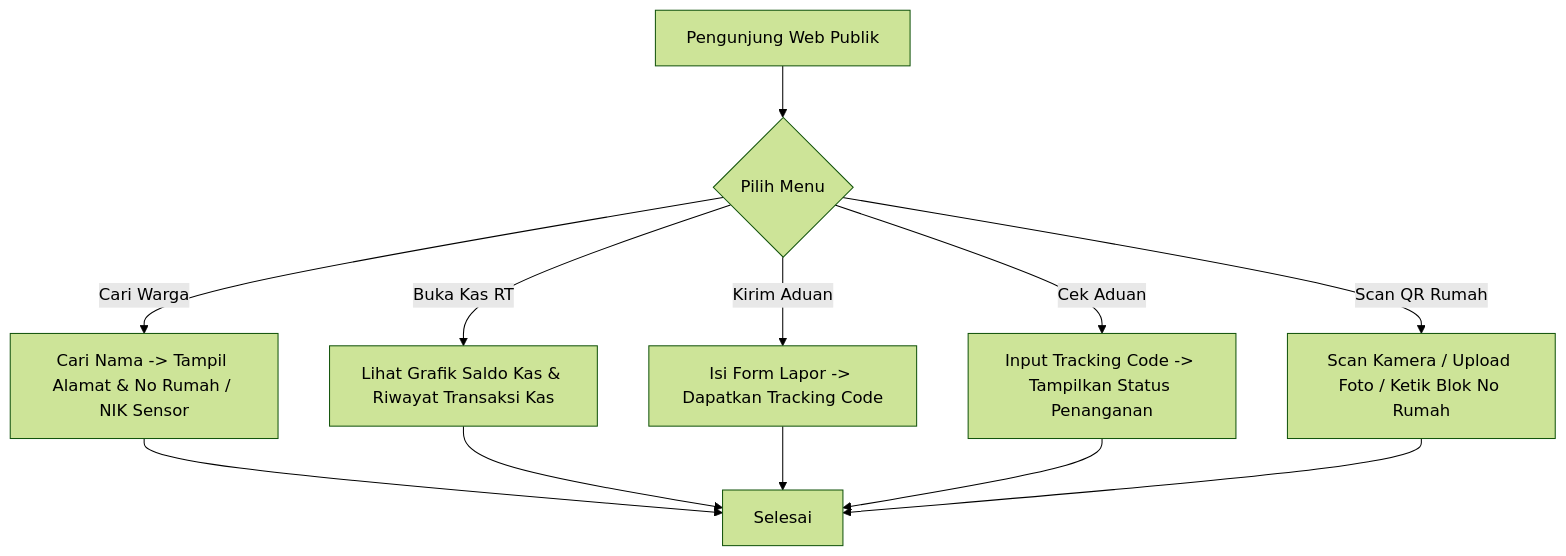
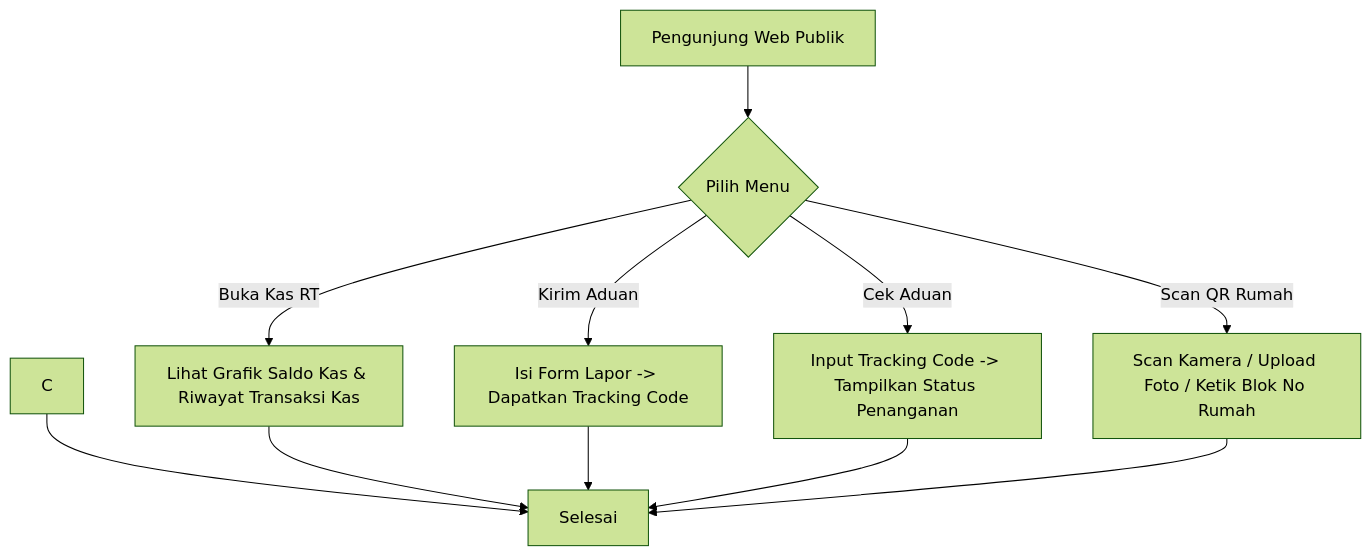
Before and after one commit to Araihan413/wargaku: the first of 3 diagrams in docs/roles/publik.md, drawn with Mermaid (forest theme). The commit also changed 17 other files, not shown here.

````diff
--- a/docs/roles/publik.md
+++ b/docs/roles/publik.md
@@ -79,16 +79,15 @@
 ```mermaid
 flowchart TD
     A[Pengunjung Web Publik] --> B{Pilih Menu}
     
-    B -->|Cari Warga| C[Cari Nama -> Tampil Alamat & No Rumah / NIK Sensor]
     B -->|Buka Kas RT| D[Lihat Grafik Saldo Kas & Riwayat Transaksi Kas]
     B -->|Kirim Aduan| E[Isi Form Lapor -> Dapatkan Tracking Code]
     B -->|Cek Aduan| F[Input Tracking Code -> Tampilkan Status Penanganan]
     B -->|Scan QR Rumah| G[Scan Kamera / Upload Foto / Ketik Blok No Rumah]
     
     C --> H[Selesai]
     D --> H
     E --> H
     F --> H
     G --> H
 ```
````
